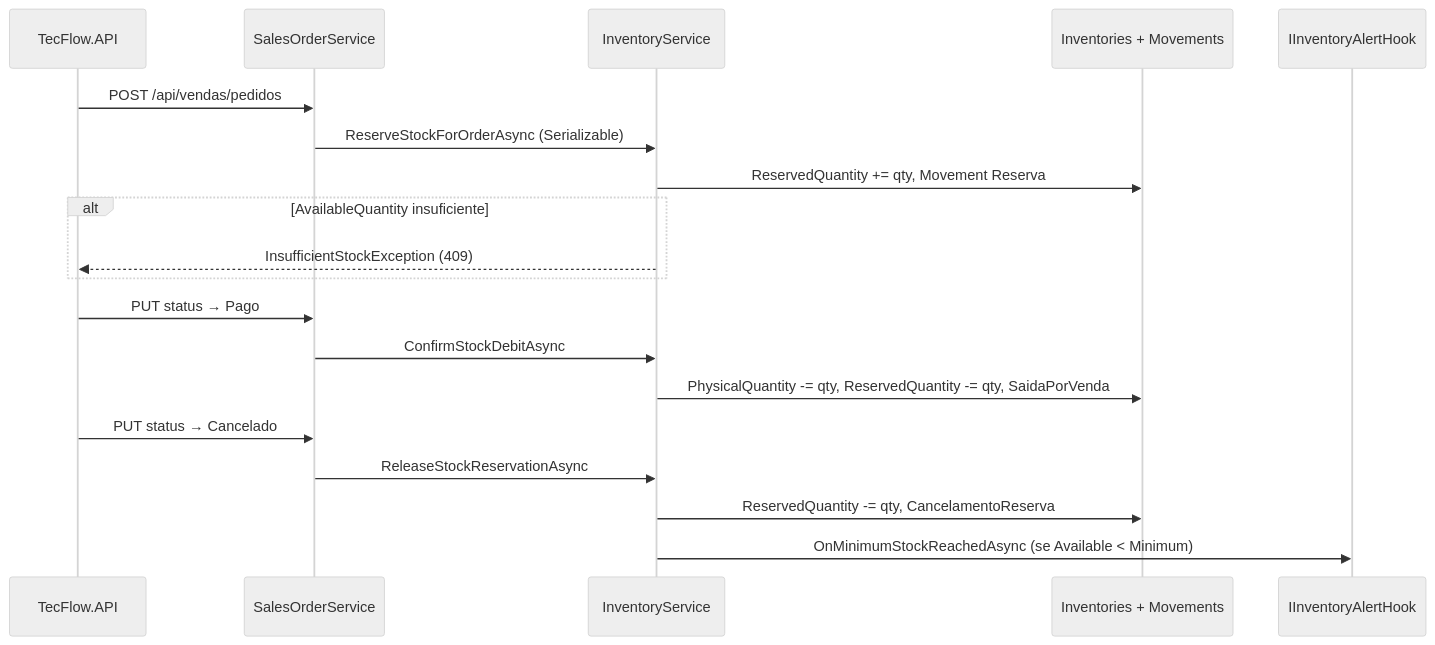
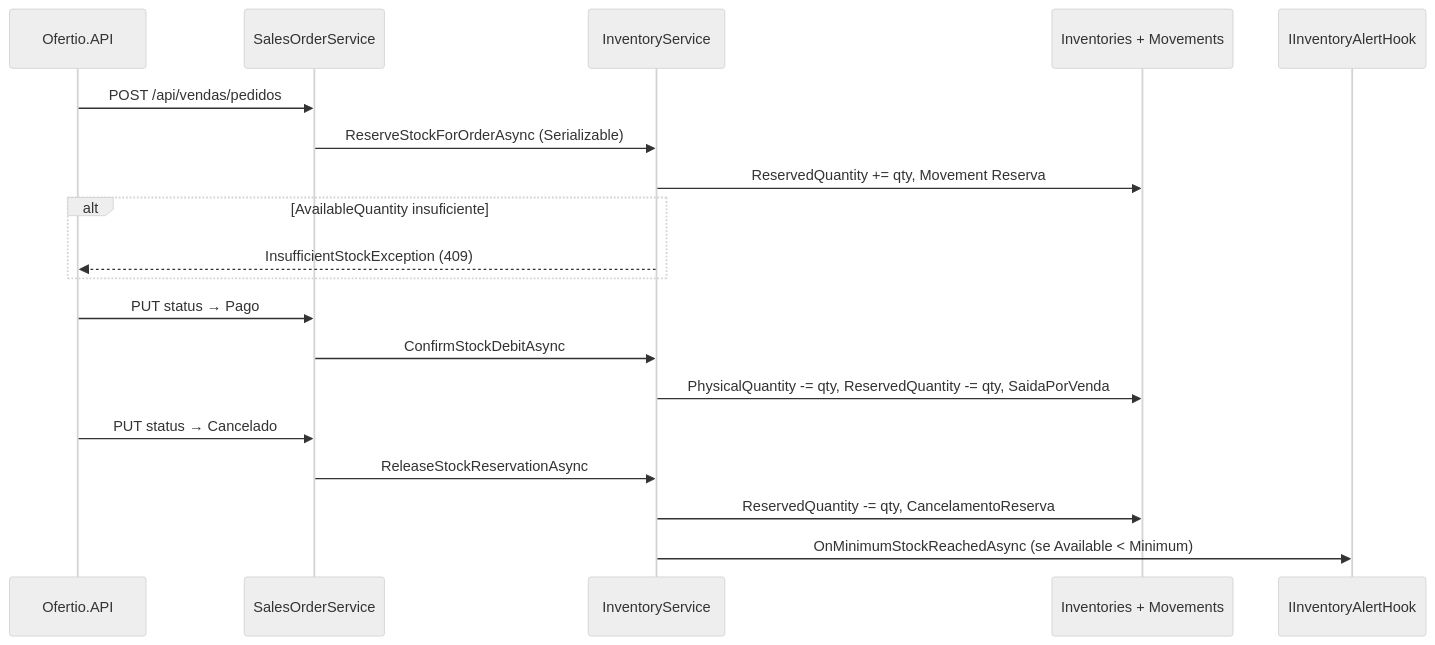
Diagram 12 of 29 in docs/DIAGRAMAS_ARQUITETURA.md (ronyaraujodeveloper/TecFlow), drawn with Mermaid (neutral theme) before and after one commit. The commit also changed other lines of this file and 2495 other files, not shown here.

First line of the commit message:
refactor!: migra marca TecFlow para Ofertio

````diff
--- a/docs/DIAGRAMAS_ARQUITETURA.md
+++ b/docs/DIAGRAMAS_ARQUITETURA.md
@@ -1260,25 +1263,25 @@
 ```mermaid
 sequenceDiagram
-  participant API as TecFlow.API
+  participant API as Ofertio.API
   participant SO as SalesOrderService
   participant INV as InventoryService
   participant DB as Inventories + Movements
   participant Hook as IInventoryAlertHook
 
   API->>SO: POST /api/vendas/pedidos
   SO->>INV: ReserveStockForOrderAsync (Serializable)
   INV->>DB: ReservedQuantity += qty, Movement Reserva
   alt AvailableQuantity insuficiente
     INV-->>API: InsufficientStockException (409)
   end
 
   API->>SO: PUT status → Pago
   SO->>INV: ConfirmStockDebitAsync
   INV->>DB: PhysicalQuantity -= qty, ReservedQuantity -= qty, SaidaPorVenda
 
   API->>SO: PUT status → Cancelado
   SO->>INV: ReleaseStockReservationAsync
   INV->>DB: ReservedQuantity -= qty, CancelamentoReserva
 
   INV->>Hook: OnMinimumStockReachedAsync (se Available < Minimum)
 ```
````
